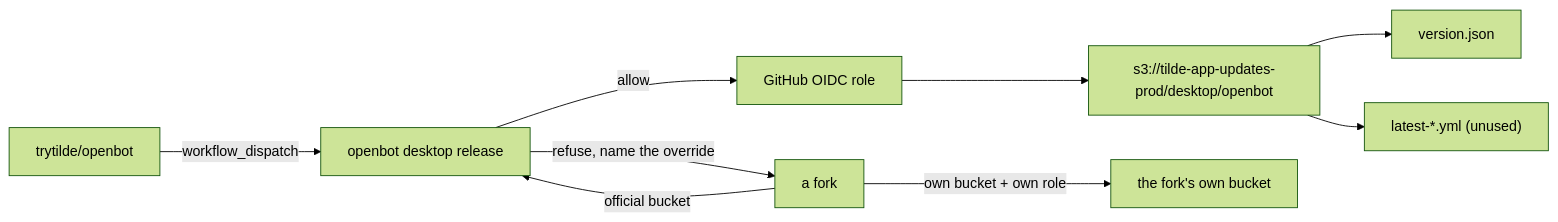
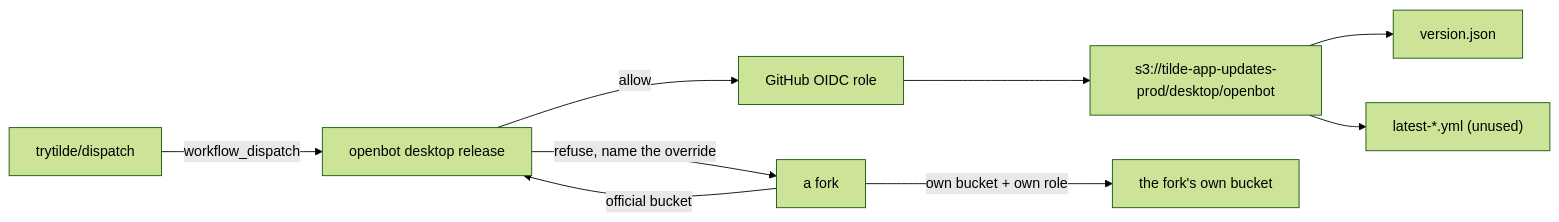
Before and after one commit to trytilde/dispatch: the diagram in docs/adrs/0028-desktop-release-publication.md, drawn with Mermaid (forest theme). The commit also changed other lines of this file and 34 other files, not shown here.

````diff
--- a/docs/adrs/0028-desktop-release-publication.md
+++ b/docs/adrs/0028-desktop-release-publication.md
@@ -87,11 +87,11 @@
 ```mermaid
 flowchart LR
-  U["trytilde/openbot"] -->|"workflow_dispatch"| C["openbot desktop release"]
+  U["trytilde/dispatch"] -->|"workflow_dispatch"| C["openbot desktop release"]
   F["a fork"] -->|"official bucket"| C
   C -->|"refuse, name the override"| F
   C -->|"allow"| O["GitHub OIDC role"]
   O --> S["s3://tilde-app-updates-prod/desktop/openbot"]
   S --> V["version.json"]
   S --> Y["latest-*.yml (unused)"]
   F -->|"own bucket + own role"| S2["the fork's own bucket"]
 ```
````
